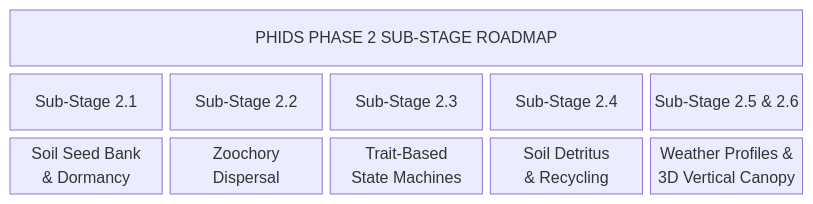
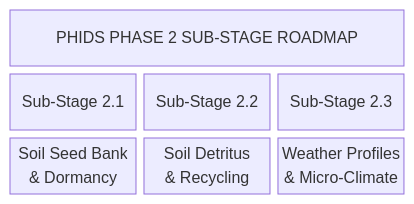
The diagram in docs/roadmap.md (foersben/PHIDS), drawn with Mermaid before and after one commit. The commit also changed other lines of this file and 5 other files, not shown here.

Commit message:
docs: Update architectural roadmap and prune Phase 2 reality-neglectables

````diff
--- a/docs/roadmap.md
+++ b/docs/roadmap.md
@@ -58,7 +58,7 @@
 ```mermaid
 block-beta
-    columns 5
-    title["PHIDS PHASE 2 SUB-STAGE ROADMAP"]:5
-    h1["Sub-Stage 2.1"] h2["Sub-Stage 2.2"] h3["Sub-Stage 2.3"] h4["Sub-Stage 2.4"] h5["Sub-Stage 2.5 & 2.6"]
-    c1["Soil Seed Bank<br>& Dormancy"] c2["Zoochory<br>Dispersal"] c3["Trait-Based<br>State Machines"] c4["Soil Detritus<br>& Recycling"] c5["Weather Profiles &<br>3D Vertical Canopy"]
+    columns 3
+    title["PHIDS PHASE 2 SUB-STAGE ROADMAP"]:3
+    h1["Sub-Stage 2.1"] h2["Sub-Stage 2.2"] h3["Sub-Stage 2.3"]
+    c1["Soil Seed Bank<br>& Dormancy"] c2["Soil Detritus<br>& Recycling"] c3["Weather Profiles<br>& Micro-Climate"]
 ```
````
